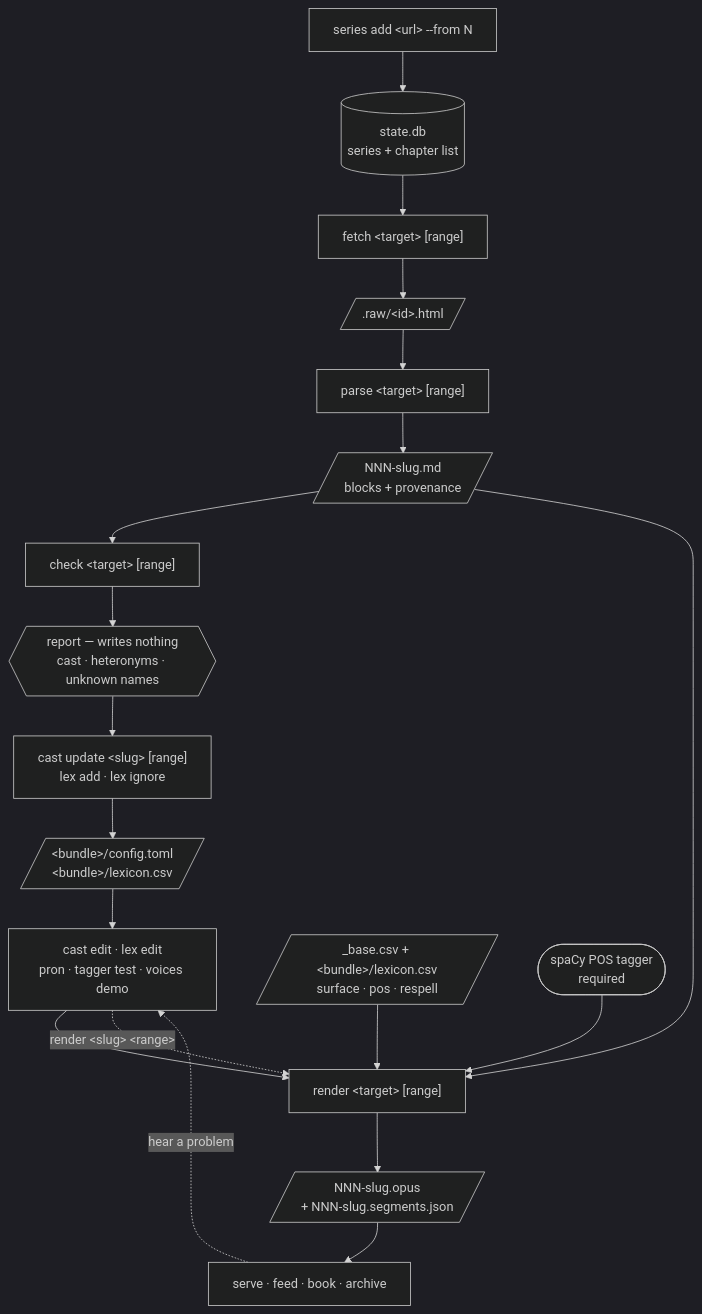
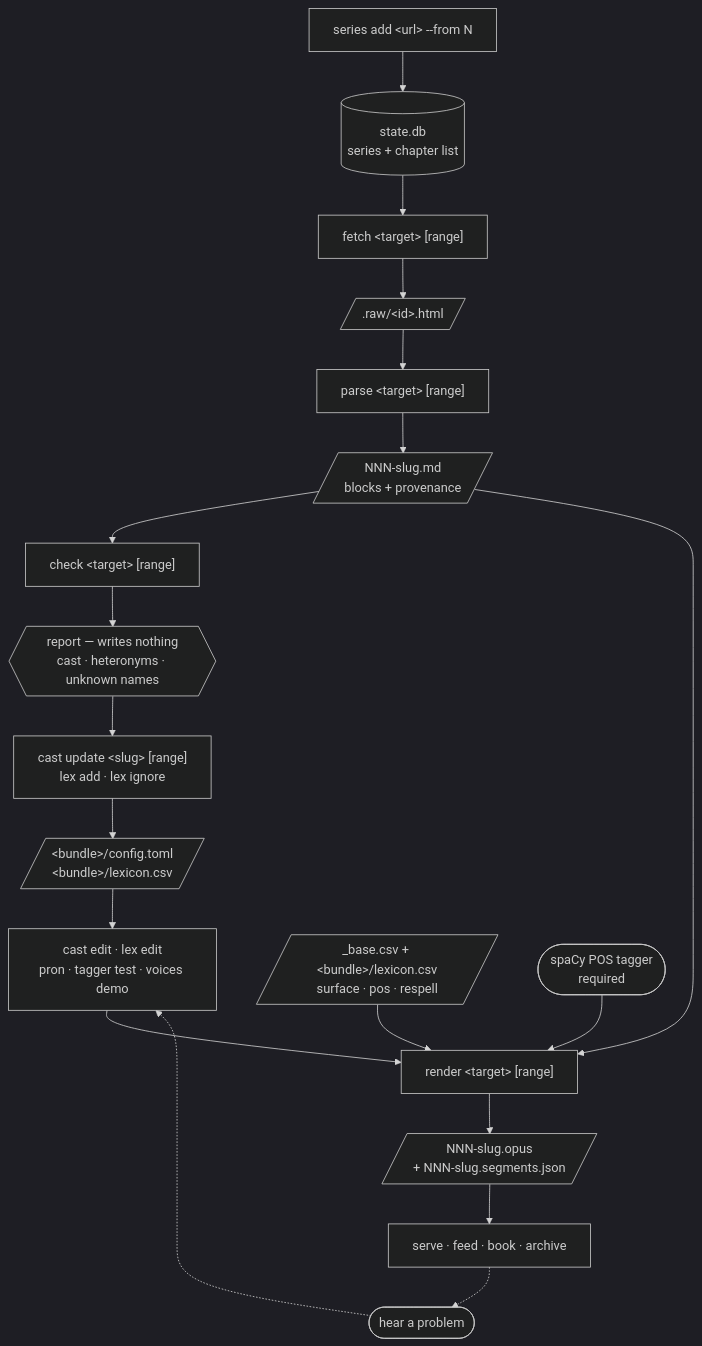
One commit to jrobrien/webnovel-audio changed the diagram in README.md. Above: the diagram before and after it, drawn with Mermaid (dark theme). The commit also changed 2 other files, not shown here.

Commit message:
docs: draw the mermaid diagrams without edge labels
GitHub rendered the README's pipeline diagram as "Could not find a suitable
point for the given distance". Mermaid positions an edge label from the edge's
measured path, which fails (reproduced on mermaid 10.9 through 11.12) when the
diagram is rendered where nothing can be measured. Unlabelled edges draw fine,
so the README's loop label becomes a node and the redundant duplicate edge goes,
and DESIGN.md's 14 yes/no/match labels become small unboxed text nodes.

tests/test_docs.py fails if a mermaid diagram gains a labelled edge again.

````diff
--- a/README.md
+++ b/README.md
@@ -134,21 +134,21 @@
 ```mermaid
 flowchart TD
     A["series add &lt;url&gt; --from N"] --> DB[("state.db<br/>series + chapter list")]
     DB --> F["fetch &lt;target&gt; [range]"]
     F --> RAW[/".raw/&lt;id&gt;.html"/]
     RAW --> P["parse &lt;target&gt; [range]"]
     P --> MD[/"NNN-slug.md<br/>blocks + provenance"/]
     MD --> CK["check &lt;target&gt; [range]"]
     CK --> REP{{"report — writes nothing<br/>cast · heteronyms · unknown names"}}
     REP --> AP["cast update &lt;slug&gt; [range]<br/>lex add · lex ignore"]
     AP --> CFG[/"&lt;bundle&gt;/config.toml<br/>&lt;bundle&gt;/lexicon.csv"/]
     CFG --> ED["cast edit · lex edit<br/>pron · tagger test · voices demo"]
     ED --> R["render &lt;target&gt; [range]"]
     MD --> R
     LEX[/"_base.csv + &lt;bundle&gt;/lexicon.csv<br/>surface · pos · respell"/] --> R
     TAG(["spaCy POS tagger<br/>required"]) --> R
     R --> OP[/"NNN-slug.opus<br/>+ NNN-slug.segments.json"/]
     OP --> D["serve · feed · book · archive"]
-    D -.->|"hear a problem"| ED
-    ED -.->|"render &lt;slug&gt; &lt;range&gt;"| R
+    D -.-> HP(["hear a problem"])
+    HP -.-> ED
 ```
````
